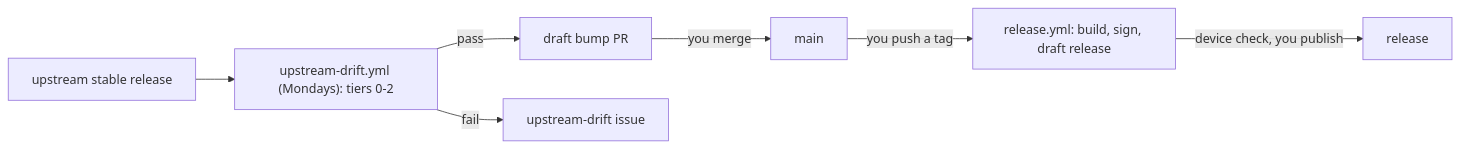
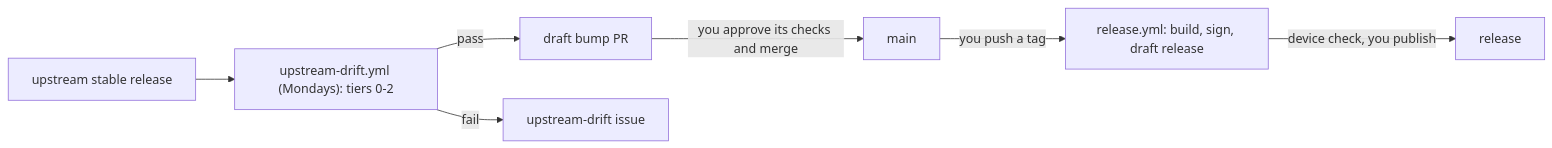
The diagram in docs/RELEASING.md (drogers0/tailscale-firetv-fireos5), drawn with Mermaid before and after one commit. The commit also changed other lines of this file and 1 other file, not shown here.

Commit message:
sign-apk.sh: keep the diagnostic from masking the error; RELEASING: re-approve after an update

````diff
--- a/docs/RELEASING.md
+++ b/docs/RELEASING.md
@@ -10,9 +10,9 @@
 ```mermaid
 flowchart LR
   U[upstream stable release] --> D["upstream-drift.yml (Mondays): tiers 0-2"]
   D -- pass --> P[draft bump PR]
   D -- fail --> I[upstream-drift issue]
-  P -- you merge --> M[main]
+  P -- you approve its checks and merge --> M[main]
   M -- you push a tag --> R["release.yml: build, sign, draft release"]
   R -- device check, you publish --> G[release]
 ```
````
